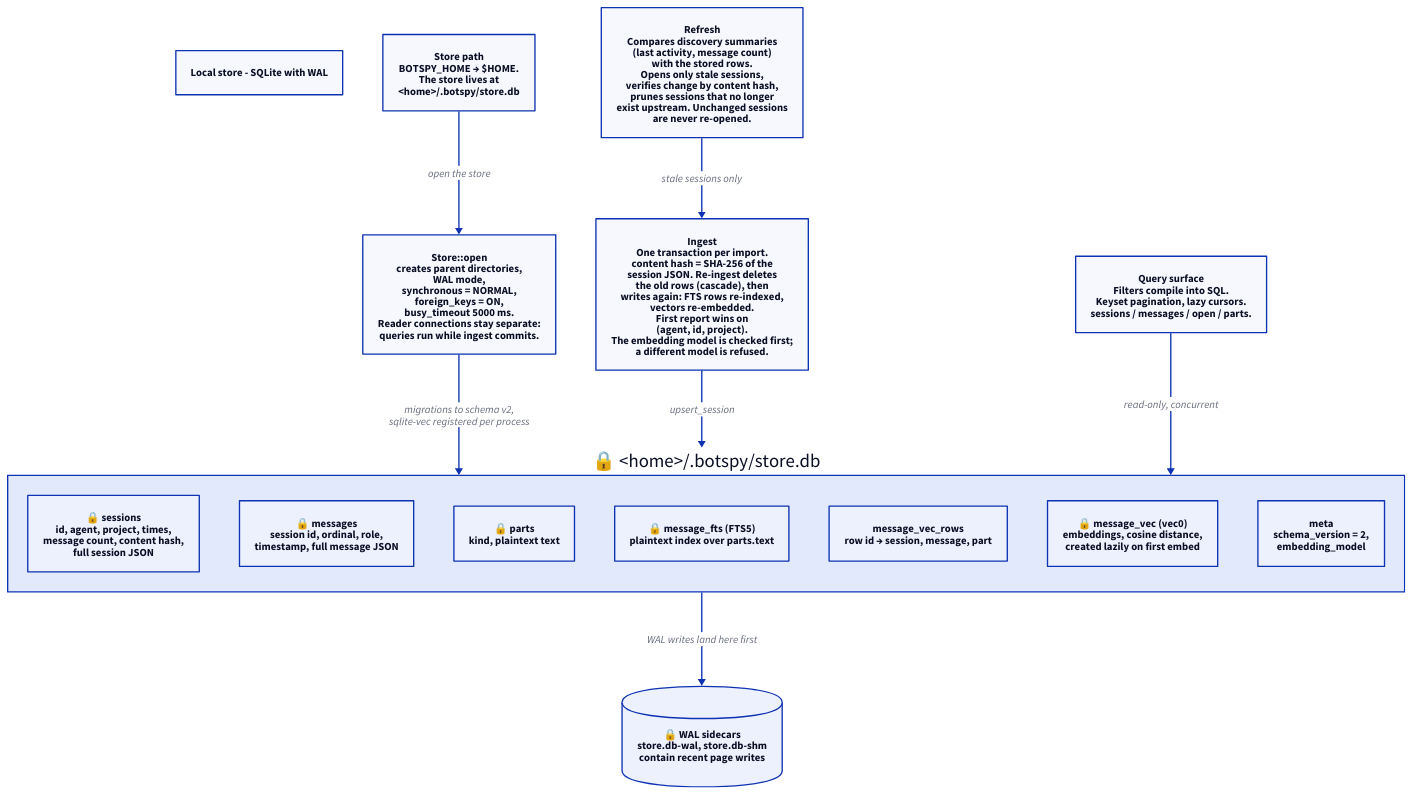
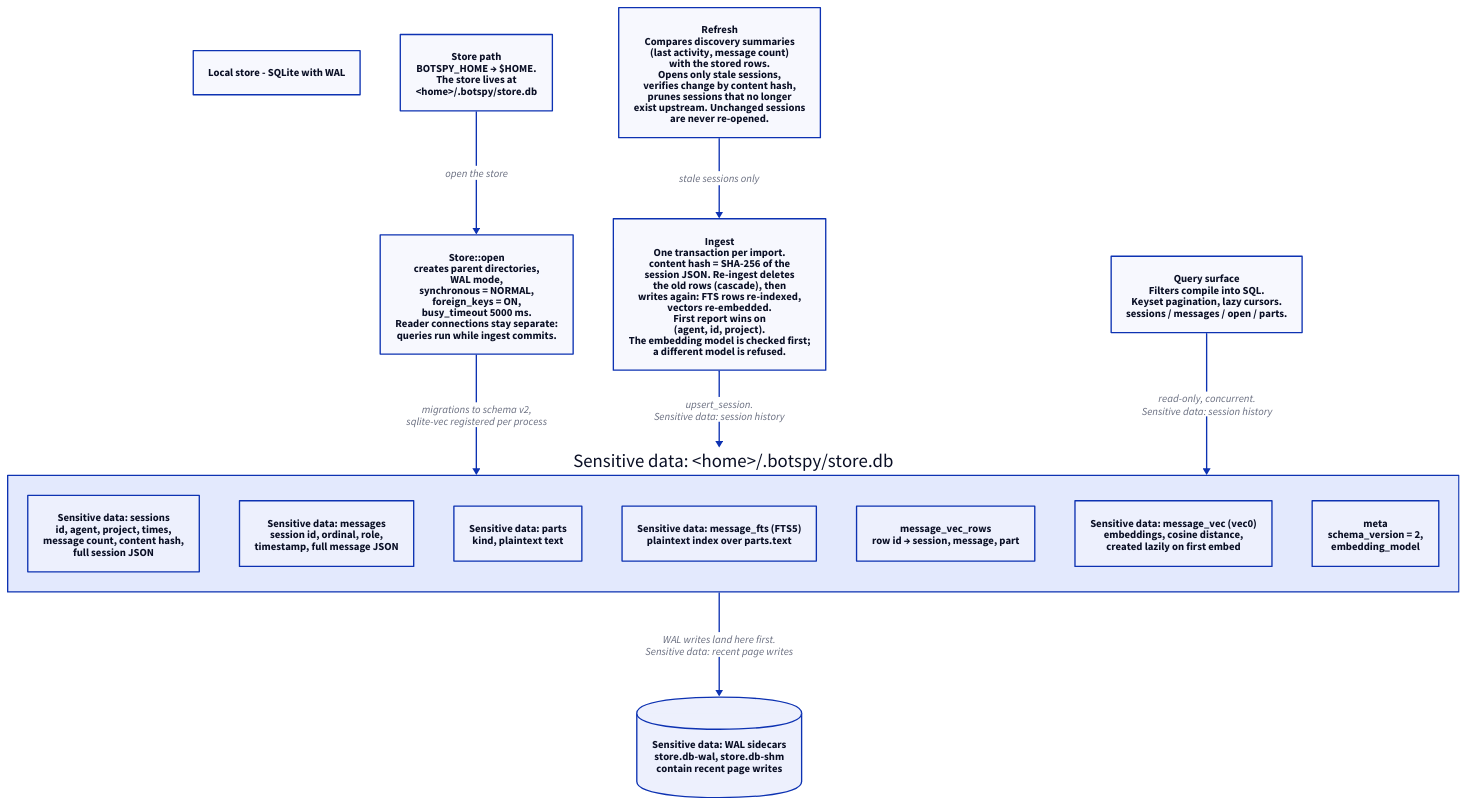
One commit to AnthusAI/BotSpy changed the diagram in docs/diagrams/store.d2. Above: the diagram before and after it, drawn with D2. The commit also changed 61 other files, not shown here.

First line of the commit message:
docs(diagrams): drop legends and lock icons; explicit sensitive-data labels; store in C4 context (#18)

```diff
--- a/docs/diagrams/store.d2
+++ b/docs/diagrams/store.d2
@@ -1,72 +1,72 @@
 title: Local store - SQLite with WAL
 
 path_note: {
   label: "Store path\nBOTSPY_HOME → \$HOME.\nThe store lives at\n<home>/.botspy/store.db"
   class: tool
 }
 
 open: {
   label: "Store::open\ncreates parent directories,\nWAL mode,\nsynchronous = NORMAL,\nforeign_keys = ON,\nbusy_timeout 5000 ms.\nReader connections stay separate:\nqueries run while ingest commits."
   class: tool
 }
 
 db: {
-  label: "🔒 <home>/.botspy/store.db"
+  label: "Sensitive data: <home>/.botspy/store.db"
 
   sessions: {
-    label: "🔒 sessions\nid, agent, project, times,\nmessage count, content hash,\nfull session JSON"
+    label: "Sensitive data: sessions\nid, agent, project, times,\nmessage count, content hash,\nfull session JSON"
     class: sensitive
   }
   messages: {
-    label: "🔒 messages\nsession id, ordinal, role,\ntimestamp, full message JSON"
+    label: "Sensitive data: messages\nsession id, ordinal, role,\ntimestamp, full message JSON"
     class: sensitive
   }
   parts: {
-    label: "🔒 parts\nkind, plaintext text"
+    label: "Sensitive data: parts\nkind, plaintext text"
     class: sensitive
   }
   message_fts: {
-    label: "🔒 message_fts (FTS5)\nplaintext index over parts.text"
+    label: "Sensitive data: message_fts (FTS5)\nplaintext index over parts.text"
     class: sensitive
   }
   message_vec_rows: {
     label: "message_vec_rows\nrow id → session, message, part"
     class: tool
   }
   message_vec: {
-    label: "🔒 message_vec (vec0)\nembeddings, cosine distance,\ncreated lazily on first embed"
+    label: "Sensitive data: message_vec (vec0)\nembeddings, cosine distance,\ncreated lazily on first embed"
     class: sensitive
   }
   meta: {
     label: "meta\nschema_version = 2,\nembedding_model"
     class: tool
   }
 }
 
 sidecars: {
-  label: "🔒 WAL sidecars\nstore.db-wal, store.db-shm\ncontain recent page writes"
+  label: "Sensitive data: WAL sidecars\nstore.db-wal, store.db-shm\ncontain recent page writes"
   class: sensitive
   shape: cylinder
 }
 
 ingest: {
   label: "Ingest\nOne transaction per import.\ncontent hash = SHA-256 of the\nsession JSON. Re-ingest deletes\nthe old rows (cascade), then\nwrites again: FTS rows re-indexed,\nvectors re-embedded.\nFirst report wins on\n(agent, id, project).\nThe embedding model is checked first;\na different model is refused."
   class: tool
 }
 
 refresh: {
   label: "Refresh\nCompares discovery summaries\n(last activity, message count)\nwith the stored rows.\nOpens only stale sessions,\nverifies change by content hash,\nprunes sessions that no longer\nexist upstream. Unchanged sessions\nare never re-opened."
   class: tool
 }
 
 query: {
   label: "Query surface\nFilters compile into SQL.\nKeyset pagination, lazy cursors.\nsessions / messages / open / parts."
   class: tool
 }
 
 path_note -> open: "open the store"
 open -> db: "migrations to schema v2,\nsqlite-vec registered per process"
-db -> sidecars: "WAL writes land here first"
-ingest -> db: "upsert_session"
+db -> sidecars: "WAL writes land here first.\nSensitive data: recent page writes"
+ingest -> db: "upsert_session.\nSensitive data: session history"
 refresh -> ingest: "stale sessions only"
-query -> db: "read-only, concurrent"
+query -> db: "read-only, concurrent.\nSensitive data: session history"
```
